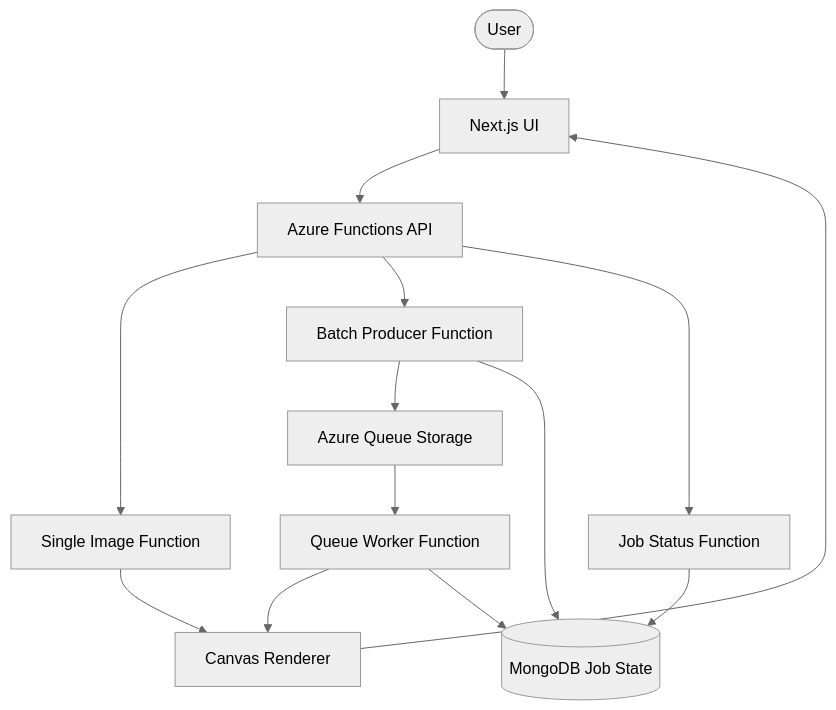
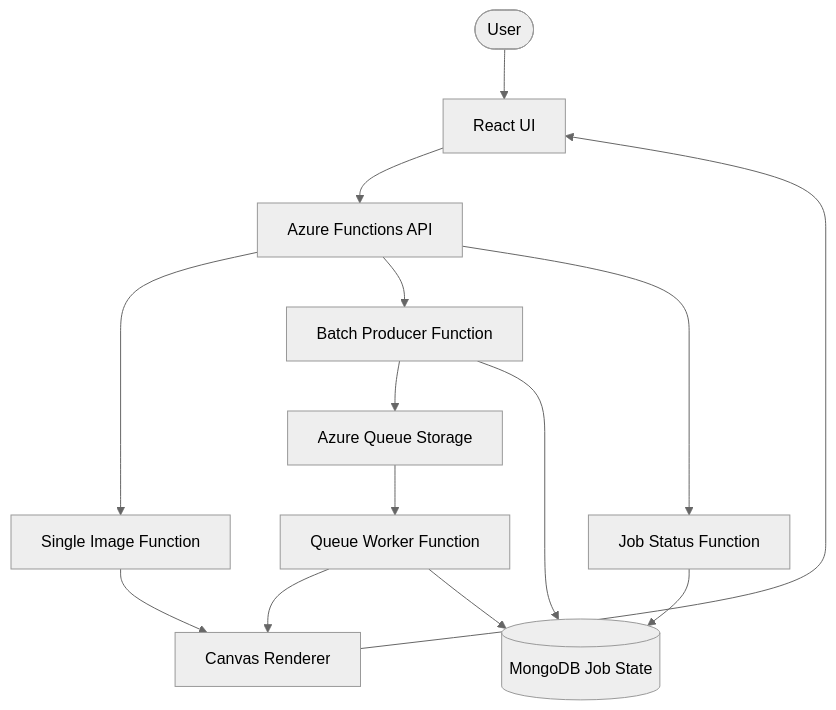
The diagram in README.md (victoriacheng15/cover-craft), drawn with Mermaid (neutral theme) before and after one commit. The commit also changed other lines of this file, not shown here.

````diff
--- a/README.md
+++ b/README.md
@@ -34,27 +34,27 @@
 ```mermaid
 graph TD
     User([User])
-    UI[Next.js UI]
+    UI[React UI]
     API[Azure Functions API]
     Single[Single Image Function]
     Batch[Batch Producer Function]
     Status[Job Status Function]
     Queue[Azure Queue Storage]
     Worker[Queue Worker Function]
     Render[Canvas Renderer]
     DB[(MongoDB Job State)]
 
     User --> UI
     UI --> API
     API --> Single
     Single --> Render
     Render --> UI
     API --> Batch
     API --> Status
     Batch --> Queue
     Batch --> DB
     Status --> DB
     Queue --> Worker
     Worker --> Render
     Worker --> DB
 ```
````
